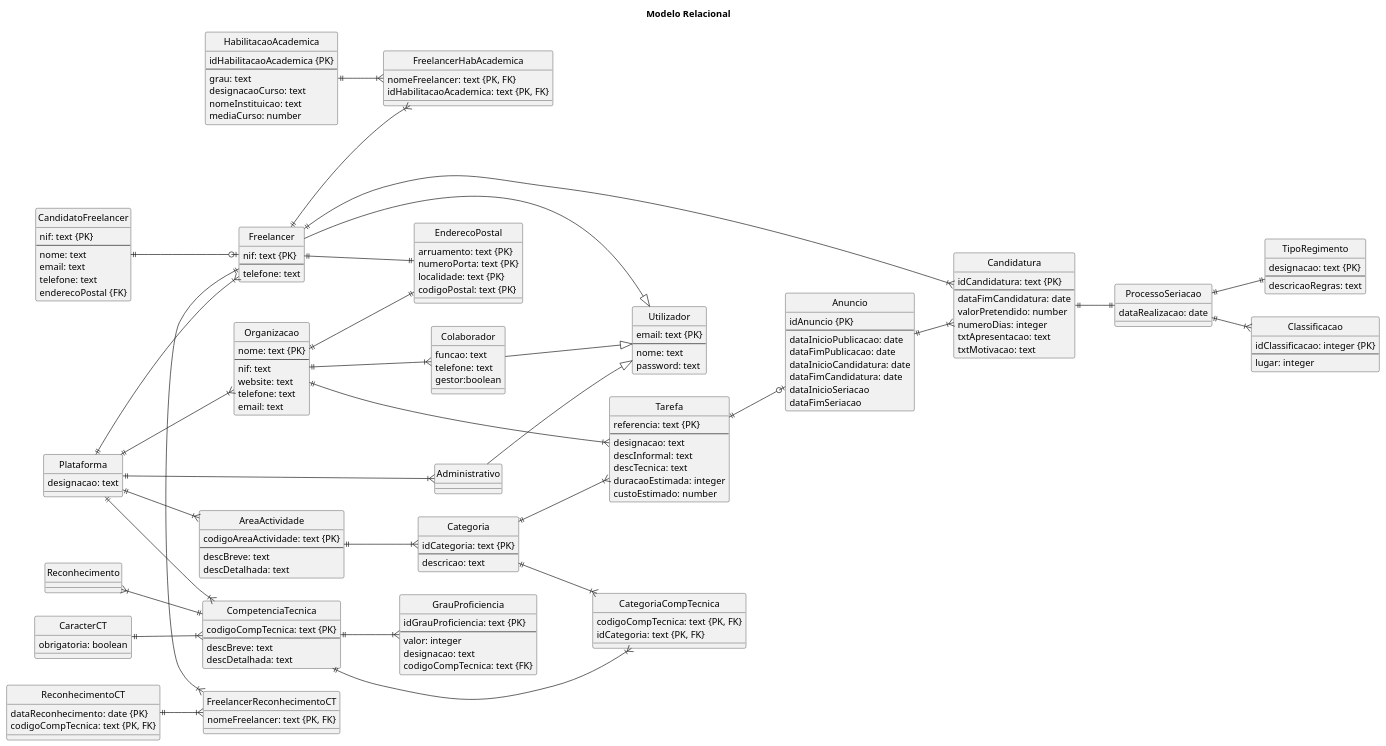
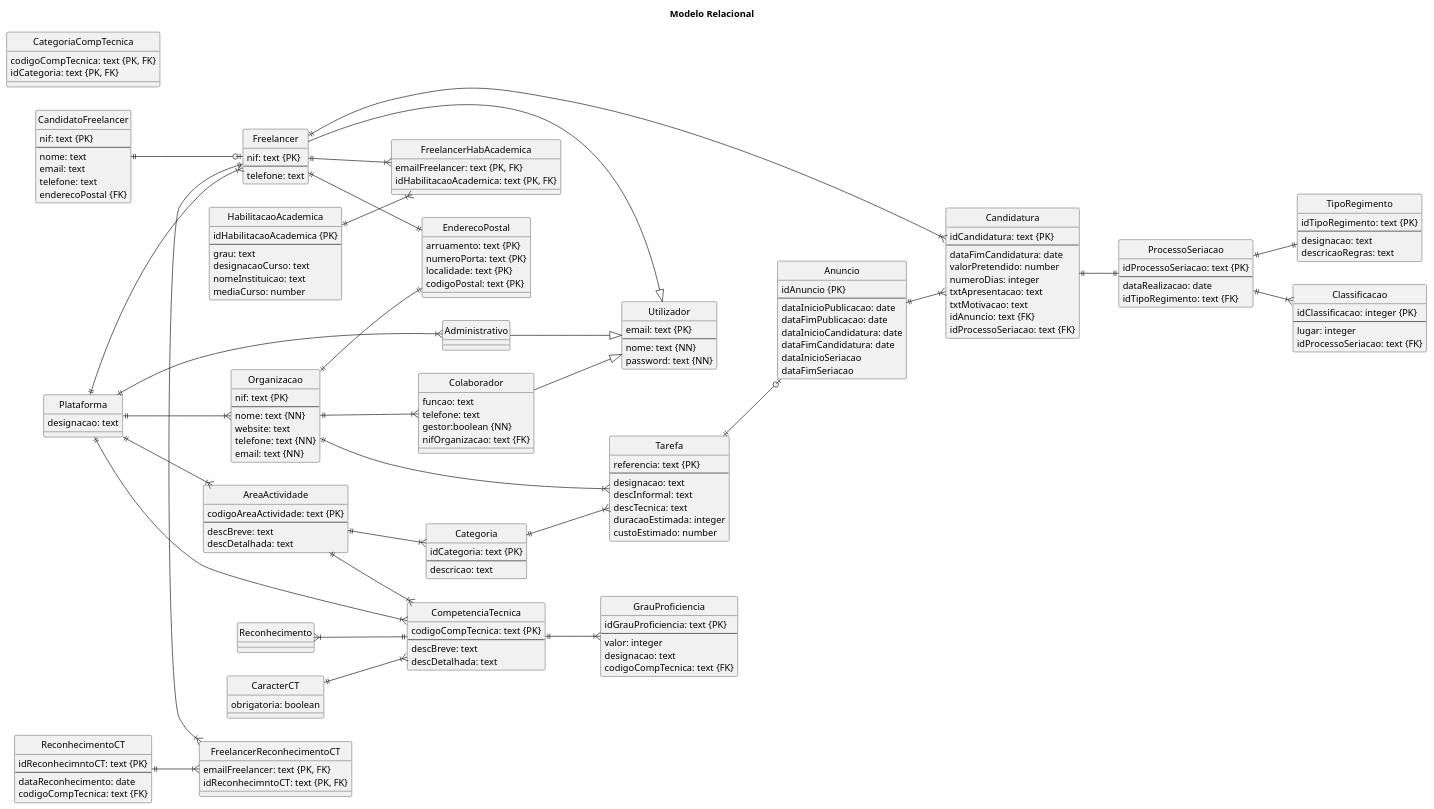
One commit to blestonbandeiraUPSKILL/upskill_java1_labprg_grupo2 changed the diagram in Documentação/Sprint 3/Modelo_Relacional/Modelo_Relacional.puml. Above: the diagram before and after it, drawn with PlantUML.

Commit message:
modelo relacionar

```diff
--- a/Documentação/Sprint 3/Modelo_Relacional/Modelo_Relacional.puml
+++ b/Documentação/Sprint 3/Modelo_Relacional/Modelo_Relacional.puml
@@ -11,25 +11,26 @@
 }
 
 entity "Organizacao" {
-    nome: text {PK}
+    nif: text {PK}     
     --
-    nif: text
+    nome: text {NN}
     website: text
-    telefone: text
-    email: text
+    telefone: text {NN}
+    email: text {NN}
 }
 
 entity "Colaborador" {
     funcao: text
     telefone: text
-    gestor:boolean 
+    gestor:boolean {NN}
+    nifOrganizacao: text {FK}
 }
 
 entity "Utilizador" {
     email: text {PK}
     --
-    nome: text
-    password: text
+    nome: text {NN}
+    password: text {NN}
 }
 
 entity "Administrativo" {
@@ -112,12 +113,16 @@
 }
 
 entity "ProcessoSeriacao" {
+    idProcessoSeriacao: text {PK}
+    --
     dataRealizacao: date
+    idTipoRegimento: text {FK}
 }
 
 entity "TipoRegimento" {
-    designacao: text {PK}
+    idTipoRegimento: text {PK}
     --
+    designacao: text
     descricaoRegras: text
 }
 
@@ -125,6 +130,7 @@
     idClassificacao: integer {PK}
     --
     lugar: integer
+    idProcessoSeriacao: text {FK}
 }
 
 entity "Candidatura" {
@@ -135,6 +141,8 @@
     numeroDias: integer
     txtApresentacao: text
     txtMotivacao: text
+    idAnuncio: text {FK}
+    idProcessoSeriacao: text {FK}
 }
 
 entity "HabilitacaoAcademica" {
@@ -147,17 +155,20 @@
 }
 
 entity "ReconhecimentoCT" {
-    dataReconhecimento: date {PK}
-    codigoCompTecnica: text {PK, FK}
+    idReconhecimntoCT: text {PK}
+    --
+    dataReconhecimento: date
+    codigoCompTecnica: text {FK}
 }
 
 entity "FreelancerHabAcademica" {
-    nomeFreelancer: text {PK, FK}
+    emailFreelancer: text {PK, FK}
     idHabilitacaoAcademica: text {PK, FK}
 }
 
 entity "FreelancerReconhecimentoCT" {
-    nomeFreelancer: text {PK, FK}
+    emailFreelancer: text {PK, FK}
+    idReconhecimntoCT: text {PK, FK}
 
 }
 entity "CaracterCT" {
@@ -172,8 +183,7 @@
 Plataforma ||--|{ Freelancer
 Freelancer --|> Utilizador
 Administrativo --|> Utilizador
-Categoria ||--|{ CategoriaCompTecnica
-CompetenciaTecnica ||--|{ CategoriaCompTecnica
+AreaActividade ||--|{ CompetenciaTecnica
 CompetenciaTecnica ||--|{ GrauProficiencia
 Organizacao ||--|{ Tarefa
 Categoria ||--|{ Tarefa
```
